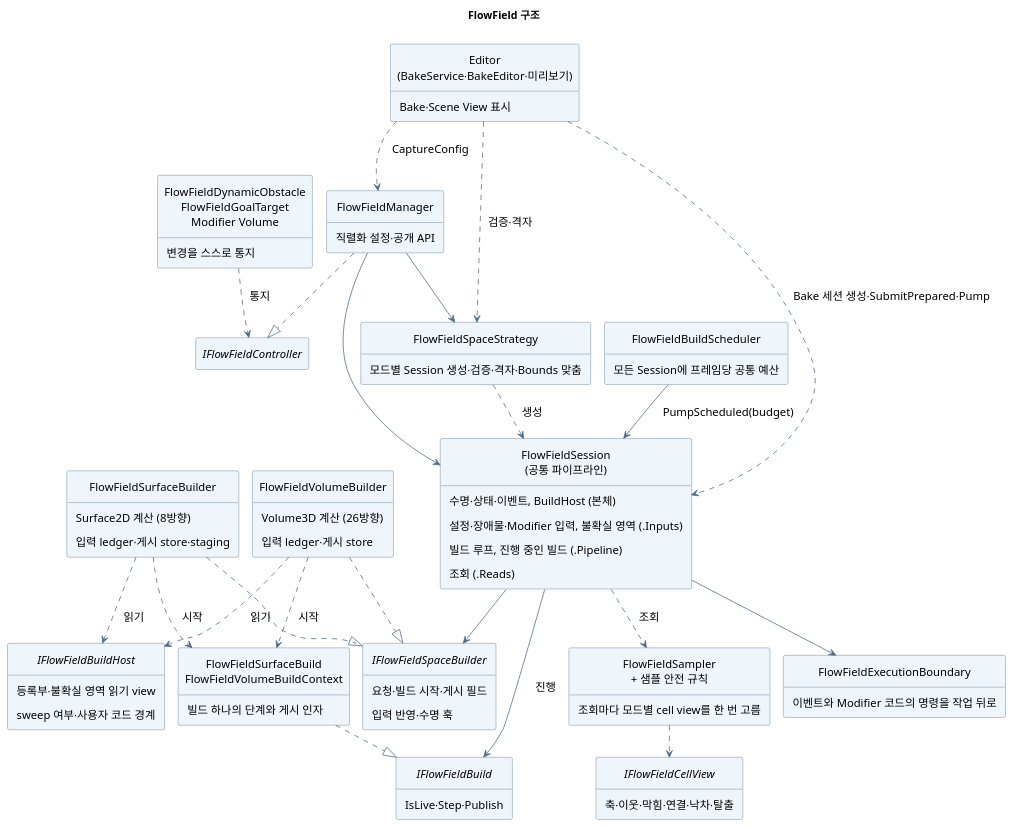
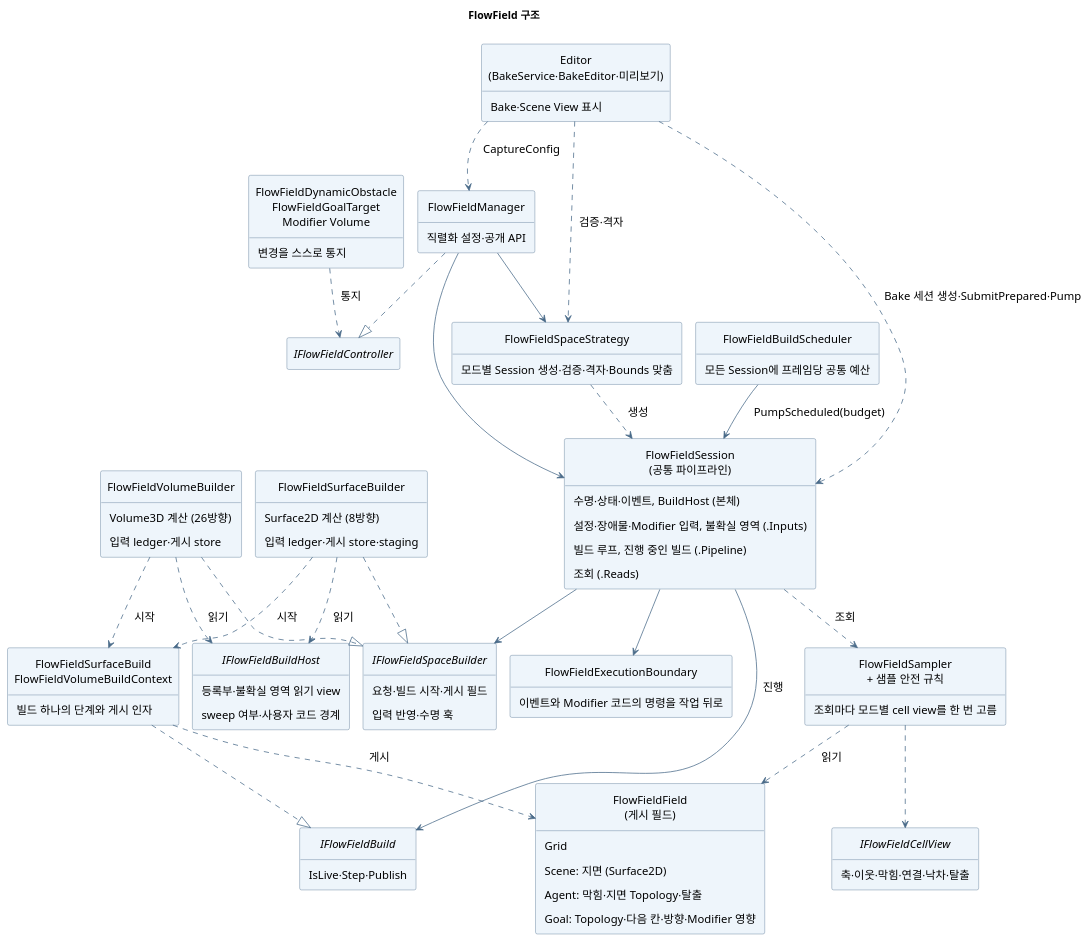
Before and after one commit to youwonsock/tool-unity-editor: the diagram in ToyProject/Assets/_FlowField/Docs/flowfield-structure.puml, drawn with PlantUML. The commit also changed 3 other files, not shown here.

First line of the commit message:
문서: 씬·주체·Goal 층과 지면 Topology

```diff
--- a/ToyProject/Assets/_FlowField/Docs/flowfield-structure.puml
+++ b/ToyProject/Assets/_FlowField/Docs/flowfield-structure.puml
@@ -1,89 +1,97 @@
 @startuml flowfield-structure
 !pragma layout smetana
 skinparam shadowing false
 skinparam defaultFontName "Apple SD Gothic Neo"
 skinparam defaultFontSize 15
 skinparam ArrowColor #496A88
 skinparam Padding 6
 skinparam classBackgroundColor #EEF5FB
 skinparam classBorderColor #496A88
 hide empty members
 hide circle
 title FlowField 구조
 
 class "FlowFieldDynamicObstacle\nFlowFieldGoalTarget\nModifier Volume" as Components {
   변경을 스스로 통지
 }
 interface "IFlowFieldController" as API
 class FlowFieldManager {
   직렬화 설정·공개 API
 }
 class FlowFieldSpaceStrategy {
   모드별 Session 생성·검증·격자·Bounds 맞춤
 }
 class "FlowFieldSession\n(공통 파이프라인)" as Session {
   {field} 수명·상태·이벤트, BuildHost (본체)
   {field} 설정·장애물·Modifier 입력, 불확실 영역 (.Inputs)
   {field} 빌드 루프, 진행 중인 빌드 (.Pipeline)
   {field} 조회 (.Reads)
 }
 interface IFlowFieldBuildHost {
   {field} 등록부·불확실 영역 읽기 view
   {field} sweep 여부·사용자 코드 경계
 }
 interface IFlowFieldSpaceBuilder {
   요청·빌드 시작·게시 필드
   입력 반영·수명 훅
 }
 interface IFlowFieldBuild {
   IsLive·Step·Publish
 }
 class FlowFieldSurfaceBuilder {
   {field} Surface2D 계산 (8방향)
   {field} 입력 ledger·게시 store·staging
 }
 class FlowFieldVolumeBuilder {
   {field} Volume3D 계산 (26방향)
   {field} 입력 ledger·게시 store
 }
 class "FlowFieldSurfaceBuild\nFlowFieldVolumeBuildContext" as Builds {
   빌드 하나의 단계와 게시 인자
 }
 class "FlowFieldSampler\n+ 샘플 안전 규칙" as Sampler {
   조회마다 모드별 cell view를 한 번 고름
 }
+class "FlowFieldField\n(게시 필드)" as Field {
+  {field} Grid
+  {field} Scene: 지면 (Surface2D)
+  {field} Agent: 막힘·지면 Topology·탈출
+  {field} Goal: Topology·다음 칸·방향·Modifier 영향
+}
 interface IFlowFieldCellView {
   {field} 축·이웃·막힘·연결·낙차·탈출
 }
 class FlowFieldBuildScheduler {
   모든 Session에 프레임당 공통 예산
 }
 class FlowFieldExecutionBoundary {
   이벤트와 Modifier 코드의 명령을 작업 뒤로
 }
 class "Editor\n(BakeService·BakeEditor·미리보기)" as Editor {
   Bake·Scene View 표시
 }
 
 Components ..> API : 통지
 FlowFieldManager ..|> API
 FlowFieldManager --> FlowFieldSpaceStrategy
 FlowFieldSpaceStrategy ..> Session : 생성
 FlowFieldManager --> Session
 Session --> IFlowFieldSpaceBuilder
 Session --> IFlowFieldBuild : 진행
 Session ..> Sampler : 조회
 Sampler ..> IFlowFieldCellView
 FlowFieldSurfaceBuilder ..|> IFlowFieldSpaceBuilder
 FlowFieldVolumeBuilder ..|> IFlowFieldSpaceBuilder
 FlowFieldSurfaceBuilder ..> IFlowFieldBuildHost : 읽기
 FlowFieldVolumeBuilder ..> IFlowFieldBuildHost : 읽기
 FlowFieldSurfaceBuilder ..> Builds : 시작
 FlowFieldVolumeBuilder ..> Builds : 시작
 Builds ..|> IFlowFieldBuild
+Builds ..> Field : 게시
+Sampler ..> Field : 읽기
 FlowFieldBuildScheduler --> Session : PumpScheduled(budget)
 Session --> FlowFieldExecutionBoundary
 Editor ..> FlowFieldManager : CaptureConfig
 Editor ..> FlowFieldSpaceStrategy : 검증·격자
 Editor ..> Session : Bake 세션 생성·SubmitPrepared·Pump
 @enduml
```
